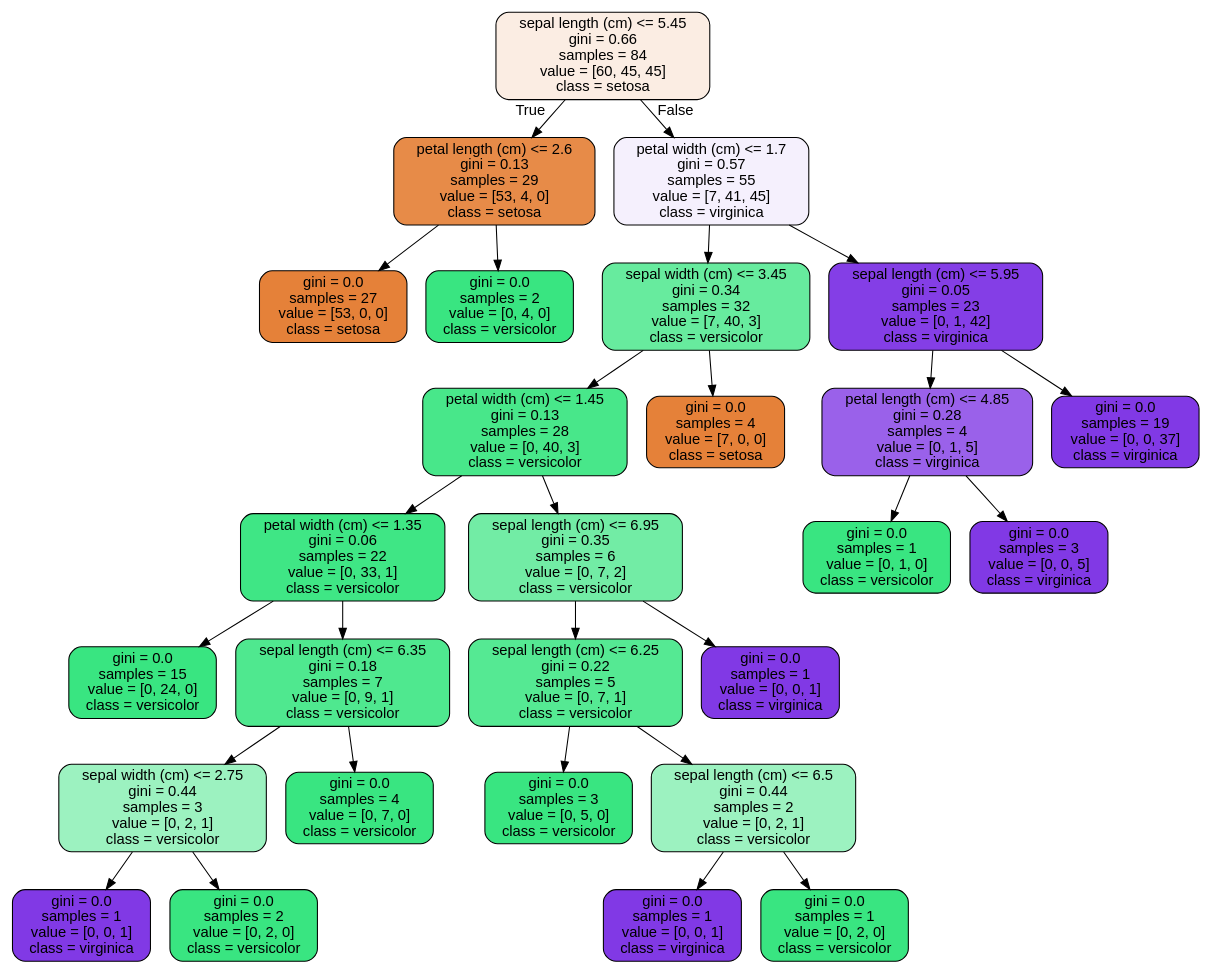
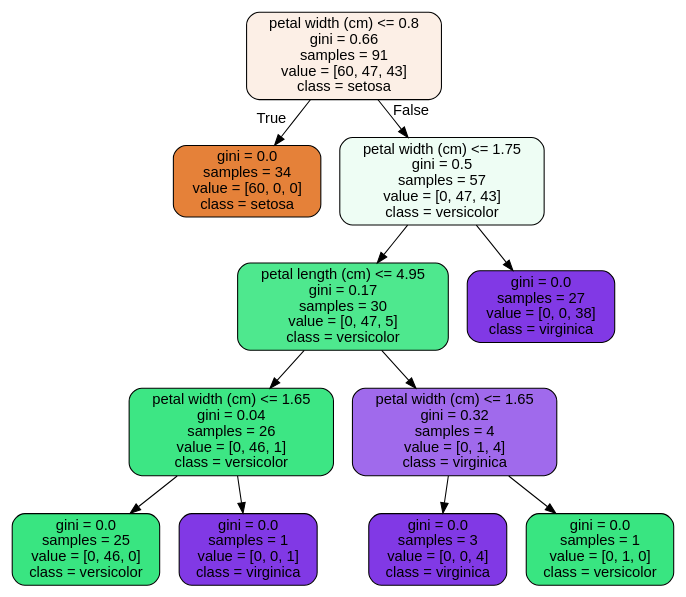
Before and after one commit to vanslykeaudio/SpringBoardDataScience: the diagram in RandomForest Covid Case Study/tree.dot, drawn with Graphviz. The commit also changed 2 other files, not shown here.

```diff
--- a/RandomForest Covid Case Study/tree.dot
+++ b/RandomForest Covid Case Study/tree.dot
@@ -1,57 +1,25 @@
 digraph Tree {
 node [shape=box, style="filled, rounded", color="black", fontname="helvetica"] ;
 edge [fontname="helvetica"] ;
-0 [label="sepal length (cm) <= 5.45\ngini = 0.66\nsamples = 84\nvalue = [60, 45, 45]\nclass = setosa", fillcolor="#fbede3"] ;
-1 [label="petal length (cm) <= 2.6\ngini = 0.13\nsamples = 29\nvalue = [53, 4, 0]\nclass = setosa", fillcolor="#e78b48"] ;
+0 [label="petal width (cm) <= 0.8\ngini = 0.66\nsamples = 91\nvalue = [60, 47, 43]\nclass = setosa", fillcolor="#fcefe6"] ;
+1 [label="gini = 0.0\nsamples = 34\nvalue = [60, 0, 0]\nclass = setosa", fillcolor="#e58139"] ;
 0 -> 1 [labeldistance=2.5, labelangle=45, headlabel="True"] ;
-2 [label="gini = 0.0\nsamples = 27\nvalue = [53, 0, 0]\nclass = setosa", fillcolor="#e58139"] ;
-1 -> 2 ;
-3 [label="gini = 0.0\nsamples = 2\nvalue = [0, 4, 0]\nclass = versicolor", fillcolor="#39e581"] ;
-1 -> 3 ;
-4 [label="petal width (cm) <= 1.7\ngini = 0.57\nsamples = 55\nvalue = [7, 41, 45]\nclass = virginica", fillcolor="#f5f0fd"] ;
-0 -> 4 [labeldistance=2.5, labelangle=-45, headlabel="False"] ;
-5 [label="sepal width (cm) <= 3.45\ngini = 0.34\nsamples = 32\nvalue = [7, 40, 3]\nclass = versicolor", fillcolor="#67eb9e"] ;
+2 [label="petal width (cm) <= 1.75\ngini = 0.5\nsamples = 57\nvalue = [0, 47, 43]\nclass = versicolor", fillcolor="#eefdf4"] ;
+0 -> 2 [labeldistance=2.5, labelangle=-45, headlabel="False"] ;
+3 [label="petal length (cm) <= 4.95\ngini = 0.17\nsamples = 30\nvalue = [0, 47, 5]\nclass = versicolor", fillcolor="#4ee88e"] ;
+2 -> 3 ;
+4 [label="petal width (cm) <= 1.65\ngini = 0.04\nsamples = 26\nvalue = [0, 46, 1]\nclass = versicolor", fillcolor="#3de684"] ;
+3 -> 4 ;
+5 [label="gini = 0.0\nsamples = 25\nvalue = [0, 46, 0]\nclass = versicolor", fillcolor="#39e581"] ;
 4 -> 5 ;
-6 [label="petal width (cm) <= 1.45\ngini = 0.13\nsamples = 28\nvalue = [0, 40, 3]\nclass = versicolor", fillcolor="#48e78a"] ;
-5 -> 6 ;
-7 [label="petal width (cm) <= 1.35\ngini = 0.06\nsamples = 22\nvalue = [0, 33, 1]\nclass = versicolor", fillcolor="#3fe685"] ;
-6 -> 7 ;
-8 [label="gini = 0.0\nsamples = 15\nvalue = [0, 24, 0]\nclass = versicolor", fillcolor="#39e581"] ;
+6 [label="gini = 0.0\nsamples = 1\nvalue = [0, 0, 1]\nclass = virginica", fillcolor="#8139e5"] ;
+4 -> 6 ;
+7 [label="petal width (cm) <= 1.65\ngini = 0.32\nsamples = 4\nvalue = [0, 1, 4]\nclass = virginica", fillcolor="#a06aec"] ;
+3 -> 7 ;
+8 [label="gini = 0.0\nsamples = 3\nvalue = [0, 0, 4]\nclass = virginica", fillcolor="#8139e5"] ;
 7 -> 8 ;
-9 [label="sepal length (cm) <= 6.35\ngini = 0.18\nsamples = 7\nvalue = [0, 9, 1]\nclass = versicolor", fillcolor="#4fe88f"] ;
+9 [label="gini = 0.0\nsamples = 1\nvalue = [0, 1, 0]\nclass = versicolor", fillcolor="#39e581"] ;
 7 -> 9 ;
-10 [label="sepal width (cm) <= 2.75\ngini = 0.44\nsamples = 3\nvalue = [0, 2, 1]\nclass = versicolor", fillcolor="#9cf2c0"] ;
-9 -> 10 ;
-11 [label="gini = 0.0\nsamples = 1\nvalue = [0, 0, 1]\nclass = virginica", fillcolor="#8139e5"] ;
-10 -> 11 ;
-12 [label="gini = 0.0\nsamples = 2\nvalue = [0, 2, 0]\nclass = versicolor", fillcolor="#39e581"] ;
-10 -> 12 ;
-13 [label="gini = 0.0\nsamples = 4\nvalue = [0, 7, 0]\nclass = versicolor", fillcolor="#39e581"] ;
-9 -> 13 ;
-14 [label="sepal length (cm) <= 6.95\ngini = 0.35\nsamples = 6\nvalue = [0, 7, 2]\nclass = versicolor", fillcolor="#72eca5"] ;
-6 -> 14 ;
-15 [label="sepal length (cm) <= 6.25\ngini = 0.22\nsamples = 5\nvalue = [0, 7, 1]\nclass = versicolor", fillcolor="#55e993"] ;
-14 -> 15 ;
-16 [label="gini = 0.0\nsamples = 3\nvalue = [0, 5, 0]\nclass = versicolor", fillcolor="#39e581"] ;
-15 -> 16 ;
-17 [label="sepal length (cm) <= 6.5\ngini = 0.44\nsamples = 2\nvalue = [0, 2, 1]\nclass = versicolor", fillcolor="#9cf2c0"] ;
-15 -> 17 ;
-18 [label="gini = 0.0\nsamples = 1\nvalue = [0, 0, 1]\nclass = virginica", fillcolor="#8139e5"] ;
-17 -> 18 ;
-19 [label="gini = 0.0\nsamples = 1\nvalue = [0, 2, 0]\nclass = versicolor", fillcolor="#39e581"] ;
-17 -> 19 ;
-20 [label="gini = 0.0\nsamples = 1\nvalue = [0, 0, 1]\nclass = virginica", fillcolor="#8139e5"] ;
-14 -> 20 ;
-21 [label="gini = 0.0\nsamples = 4\nvalue = [7, 0, 0]\nclass = setosa", fillcolor="#e58139"] ;
-5 -> 21 ;
-22 [label="sepal length (cm) <= 5.95\ngini = 0.05\nsamples = 23\nvalue = [0, 1, 42]\nclass = virginica", fillcolor="#843ee6"] ;
-4 -> 22 ;
-23 [label="petal length (cm) <= 4.85\ngini = 0.28\nsamples = 4\nvalue = [0, 1, 5]\nclass = virginica", fillcolor="#9a61ea"] ;
-22 -> 23 ;
-24 [label="gini = 0.0\nsamples = 1\nvalue = [0, 1, 0]\nclass = versicolor", fillcolor="#39e581"] ;
-23 -> 24 ;
-25 [label="gini = 0.0\nsamples = 3\nvalue = [0, 0, 5]\nclass = virginica", fillcolor="#8139e5"] ;
-23 -> 25 ;
-26 [label="gini = 0.0\nsamples = 19\nvalue = [0, 0, 37]\nclass = virginica", fillcolor="#8139e5"] ;
-22 -> 26 ;
+10 [label="gini = 0.0\nsamples = 27\nvalue = [0, 0, 38]\nclass = virginica", fillcolor="#8139e5"] ;
+2 -> 10 ;
 }
```
